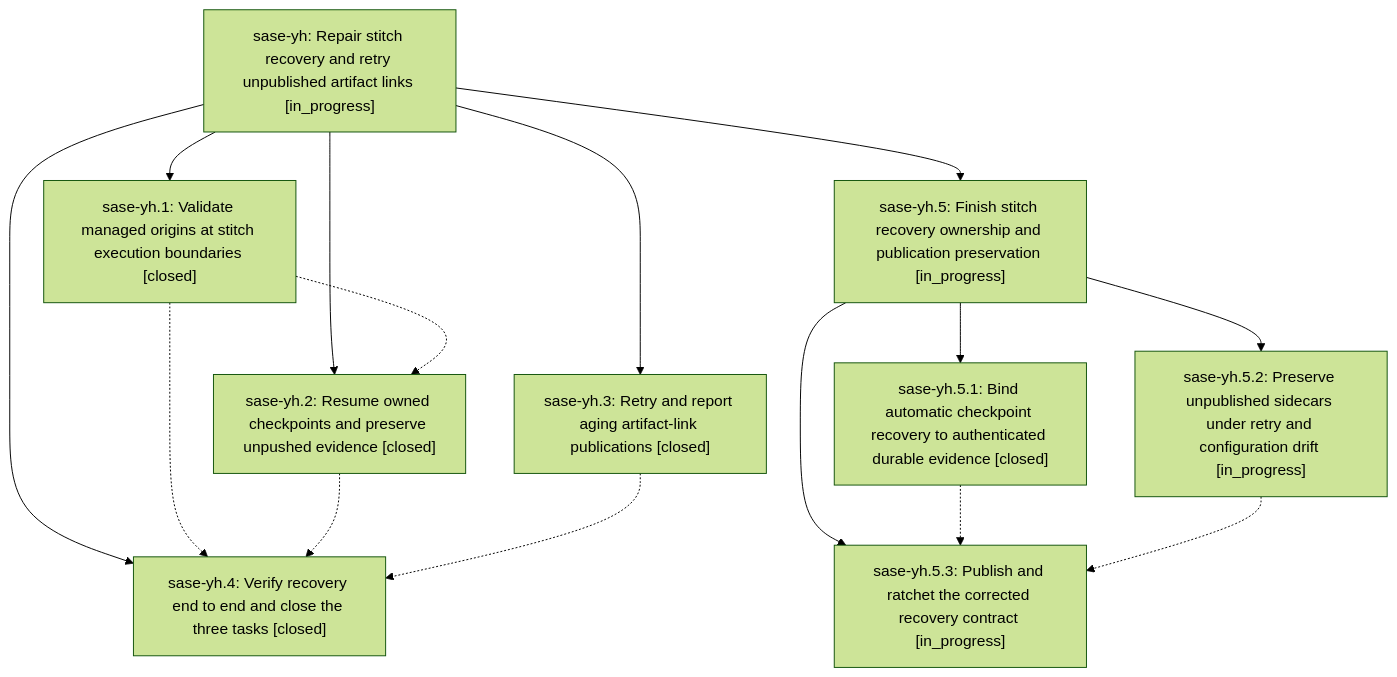
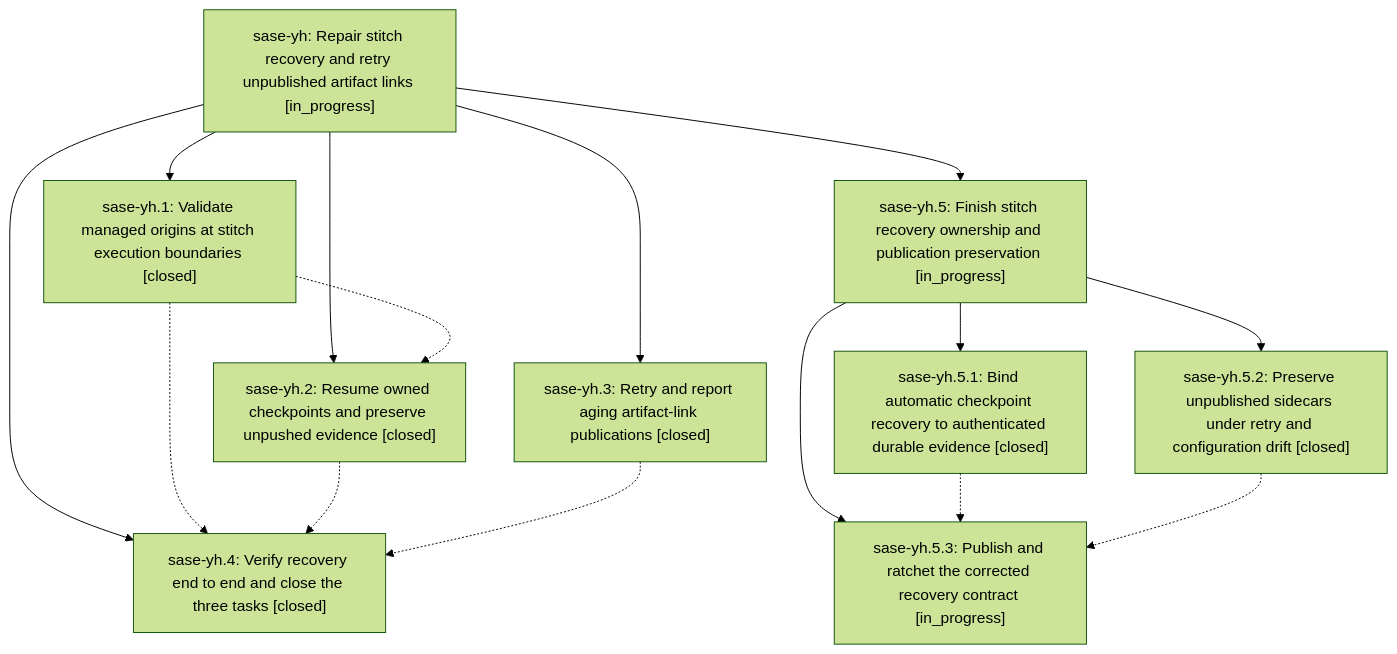
Before and after one commit to sase-org/sase--beads: the diagram in pages/sase-yh/README.md, drawn with Mermaid (forest theme). The commit also changed other lines of this file and 2 other files, not shown here.

First line of the commit message:
chore(beads): sync bead state and pages for sase-yh

````diff
--- a/pages/sase-yh/README.md
+++ b/pages/sase-yh/README.md
@@ -45,26 +45,26 @@
 ```mermaid
 flowchart TD
     n0["sase-yh: Repair stitch recovery and retry unpublished artifact links [in_progress]"]
     n1["sase-yh.1: Validate managed origins at stitch execution boundaries [closed]"]
     n2["sase-yh.2: Resume owned checkpoints and preserve unpushed evidence [closed]"]
     n3["sase-yh.3: Retry and report aging artifact-link publications [closed]"]
     n4["sase-yh.4: Verify recovery end to end and close the three tasks [closed]"]
     n5["sase-yh.5: Finish stitch recovery ownership and publication preservation [in_progress]"]
     n6["sase-yh.5.1: Bind automatic checkpoint recovery to authenticated durable evidence [closed]"]
-    n7["sase-yh.5.2: Preserve unpublished sidecars under retry and configuration drift [in_progress]"]
+    n7["sase-yh.5.2: Preserve unpublished sidecars under retry and configuration drift [closed]"]
     n8["sase-yh.5.3: Publish and ratchet the corrected recovery contract [in_progress]"]
     n0 --> n1
     n0 --> n2
     n0 --> n3
     n0 --> n4
     n0 --> n5
     n5 --> n6
     n5 --> n7
     n5 --> n8
     n1 -.-> n2
     n1 -.-> n4
     n2 -.-> n4
     n3 -.-> n4
     n6 -.-> n8
     n7 -.-> n8
 ```
````
